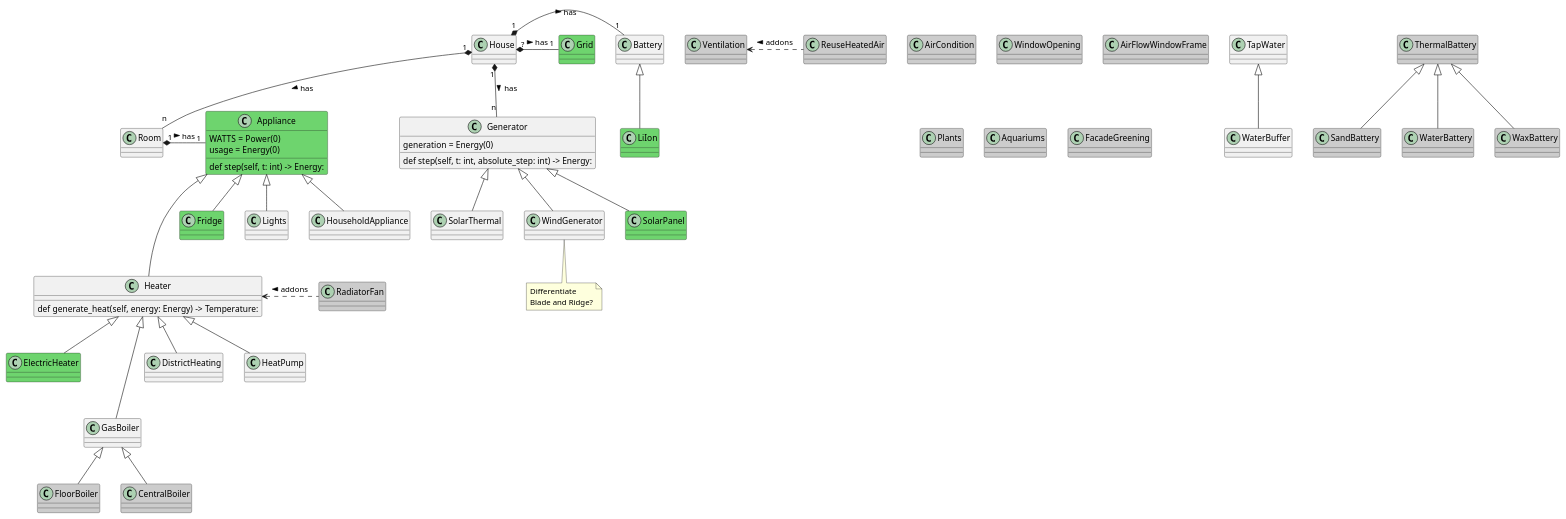
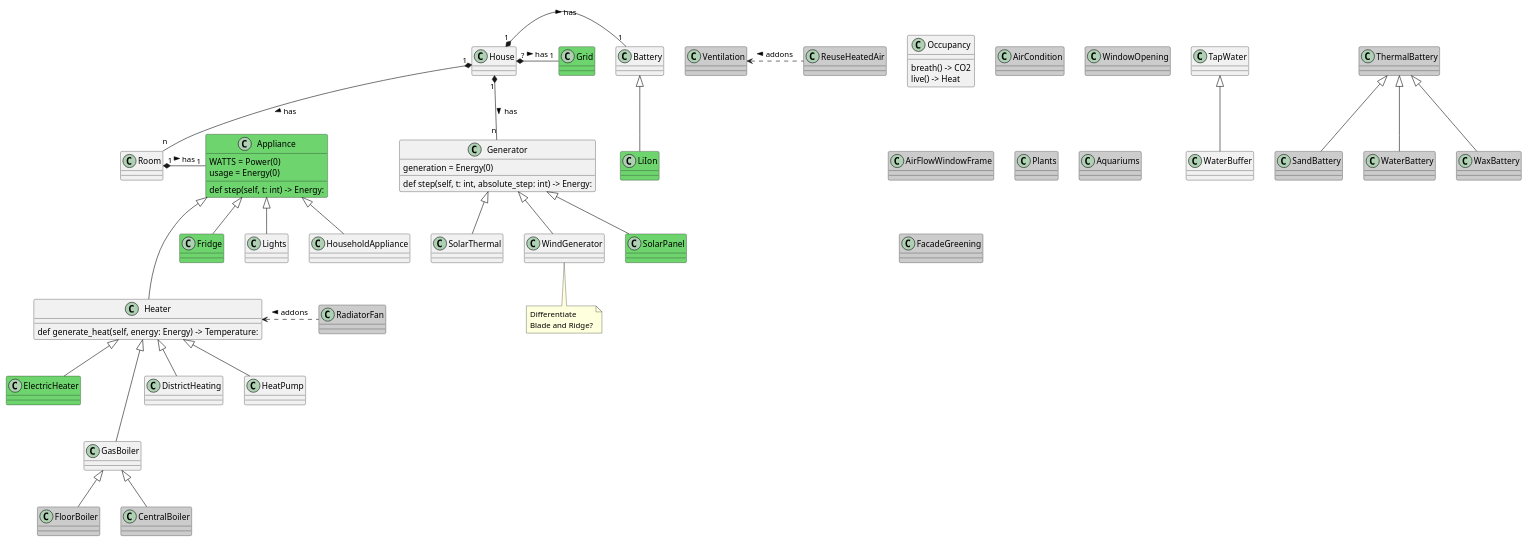
Before and after one commit to wicket1001/the-cube: the diagram in backend/res/Components.puml, drawn with PlantUML.

Commit message:
Added Occupancy to puml.

```diff
--- a/backend/res/Components.puml
+++ b/backend/res/Components.puml
@@ -1,85 +1,90 @@
 @startuml
+
+class Occupancy {
+breath() -> CO2
+live() -> Heat
+}
 
 class TapWater
 class WaterBuffer
 TapWater <|-- WaterBuffer
 
 class Room
 class Heater
 class Grid #6ED46E
 
 class Battery
 class LiIon #6ED46E
 Battery <|-- LiIon
 
 House "1" *- "1" Battery : has >
 House "?" *- "1" Grid : has >
 House "1" *-- "n" Generator : has >
 
 House "1" *-- "n" Room : has >
 Room "1" *- "1" Appliance : has >
 
 class Appliance #6ED46E {
 {field} WATTS = Power(0)
 {field} usage = Energy(0)
 {method} def step(self, t: int) -> Energy:
 }
 class Fridge #6ED46E
 Appliance <|-- Lights
 Appliance <|-- Fridge
 Appliance <|-- HouseholdAppliance
 
 Appliance <|--- Heater
 
 class Heater {
 def generate_heat(self, energy: Energy) -> Temperature:
 }
 class ElectricHeater #6ED46E
 class GasBoiler
 class FloorBoiler #CCCCCC
 class CentralBoiler #CCCCCC
 class DistrictHeating
 class HeatPump
 Heater <|-- ElectricHeater
 Heater <|--- GasBoiler
 GasBoiler <|-- FloorBoiler
 GasBoiler <|-- CentralBoiler
 Heater <|-- DistrictHeating
 Heater <|-- HeatPump
 
 class Generator {
 {field} generation = Energy(0)
 def step(self, t: int, absolute_step: int) -> Energy:
 }
 class SolarPanel #6ED46E
 class SolarThermal
 class WindGenerator
 Generator <|-- SolarPanel
 Generator <|-- SolarThermal
 Generator <|-- WindGenerator
 
 note bottom of WindGenerator
 Differentiate
 Blade and Ridge?
 end note
 
 class ThermalBattery #CCCCCC
 class SandBattery #CCCCCC
 class WaterBattery #CCCCCC
 class WaxBattery #CCCCCC
 ThermalBattery <|-- SandBattery
 ThermalBattery <|-- WaterBattery
 ThermalBattery <|-- WaxBattery
 
 class RadiatorFan #CCCCCC
 Heater <. RadiatorFan : addons <
 class AirCondition #CCCCCC
 class Ventilation #CCCCCC
 class WindowOpening #CCCCCC
 class AirFlowWindowFrame #CCCCCC
 class Plants #CCCCCC
 class Aquariums #CCCCCC
 class FacadeGreening #CCCCCC
 class ReuseHeatedAir #CCCCCC
 Ventilation <. ReuseHeatedAir : addons <
 @enduml
```
